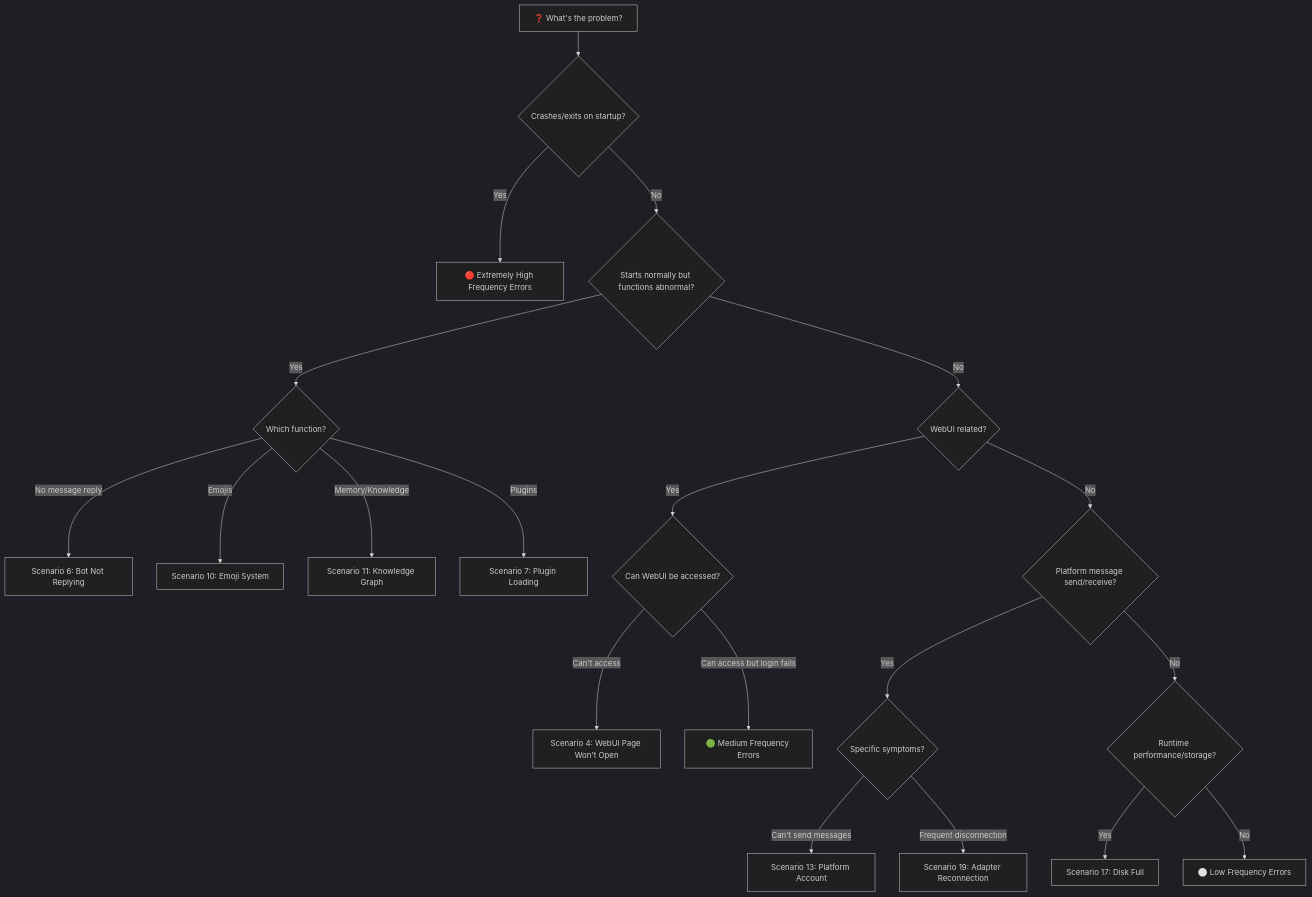
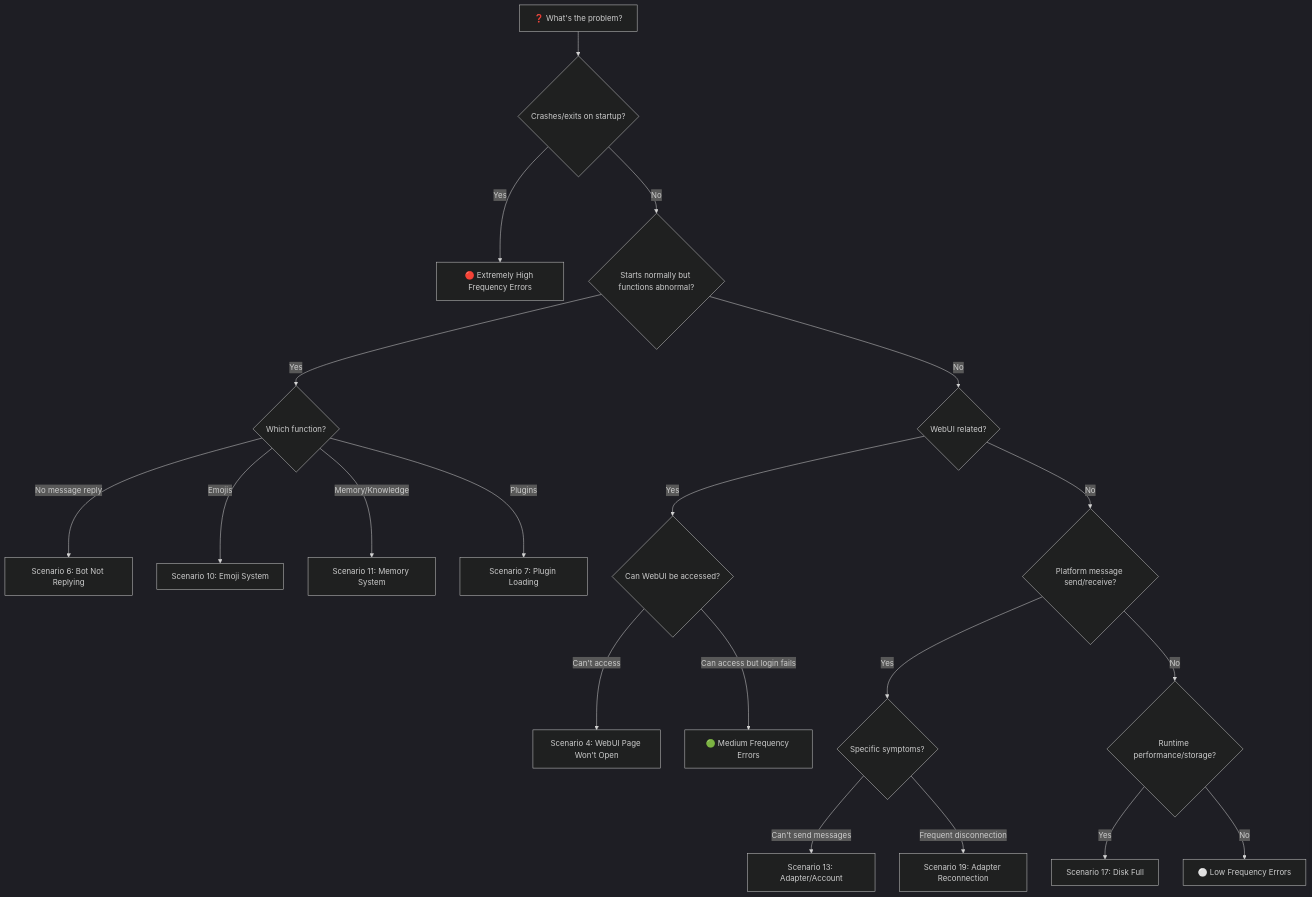
Before and after one commit to DrSmoothl/docs: the diagram in en/faq/error-troubleshooting.md, drawn with Mermaid (dark theme). The commit also changed other lines of this file and 63 other files, not shown here.

````diff
--- a/en/faq/error-troubleshooting.md
+++ b/en/faq/error-troubleshooting.md
@@ -1461,33 +1389,33 @@
 ```mermaid
 graph TD
     A[❓ What's the problem?] --> B{Crashes/exits on startup?}
     B -->|Yes| C[🔴 Extremely High Frequency Errors]
     B -->|No| D{Starts normally but functions abnormal?}
     D -->|Yes| E{Which function?}
     E -->|No message reply| F[Scenario 6: Bot Not Replying]
     E -->|Emojis| G[Scenario 10: Emoji System]
-    E -->|Memory/Knowledge| H[Scenario 11: Knowledge Graph]
+    E -->|Memory/Knowledge| H[Scenario 11: Memory System]
     E -->|Plugins| I[Scenario 7: Plugin Loading]
     D -->|No| J{WebUI related?}
     J -->|Yes| K{Can WebUI be accessed?}
     K -->|Can't access| L[Scenario 4: WebUI Page Won't Open]
     K -->|Can access but login fails| M[🟢 Medium Frequency Errors]
     J -->|No| N{Platform message send/receive?}
     N -->|Yes| O{Specific symptoms?}
-    O -->|Can't send messages| P[Scenario 13: Platform Account]
+    O -->|Can't send messages| P[Scenario 13: Adapter/Account]
     O -->|Frequent disconnection| Q[Scenario 19: Adapter Reconnection]
     N -->|No| R{Runtime performance/storage?}
     R -->|Yes| S[Scenario 17: Disk Full]
     R -->|No| T[⚪ Low Frequency Errors]
 
     click C "scenario-1"
     click F "scenario-6"
     click G "scenario-10"
     click H "scenario-11"
     click I "scenario-7"
     click L "scenario-4"
     click M "scenario-12"
     click P "scenario-13"
     click Q "scenario-19"
     click S "scenario-17"
 ```
````
